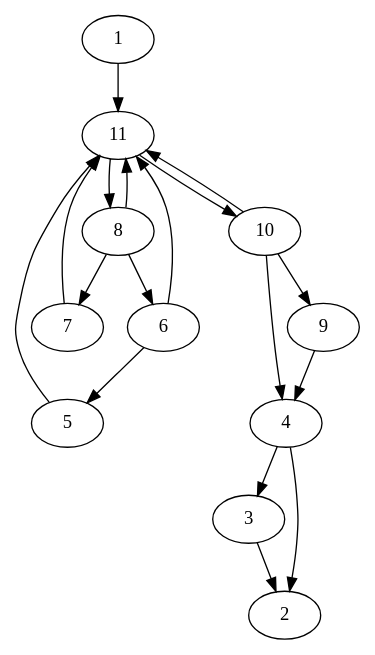
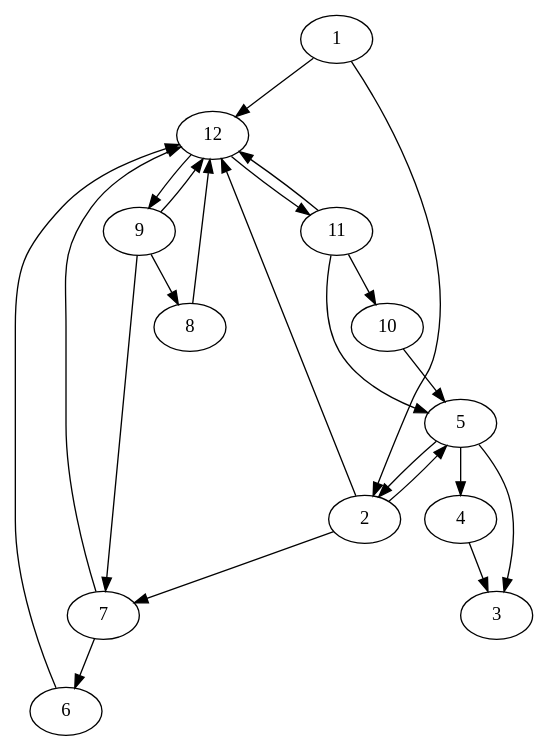
One commit to lifelike/gamebookformat changed the diagram in expected/items.dot. Above: the diagram before and after it, drawn with Graphviz. The commit also changed 23 other files, not shown here.

```diff
--- a/expected/items.dot
+++ b/expected/items.dot
@@ -1,27 +1,36 @@
 digraph gamebook {
 
- 1->11
-3->2
-4->2
+ 1->12
 
+1->2
+2->7
+
+2->12
+
+2->5
 4->3
-5->11
-6->5
+5->2
 
-6->11
-7->11
-8->6
+5->4
 
-8->11
+5->3
+6->12
+7->6
 
-8->7
-9->4
-10->9
+7->12
+8->12
+9->12
 
-10->4
+9->7
 
-10->11
+9->8
+10->5
 11->10
 
-11->8
+11->5
+
+11->12
+12->9
+
+12->11
 }
```
